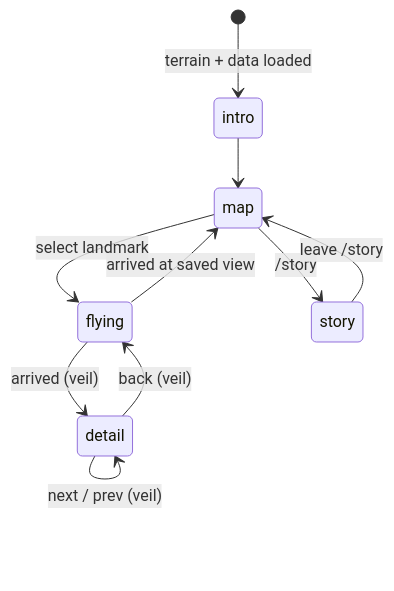
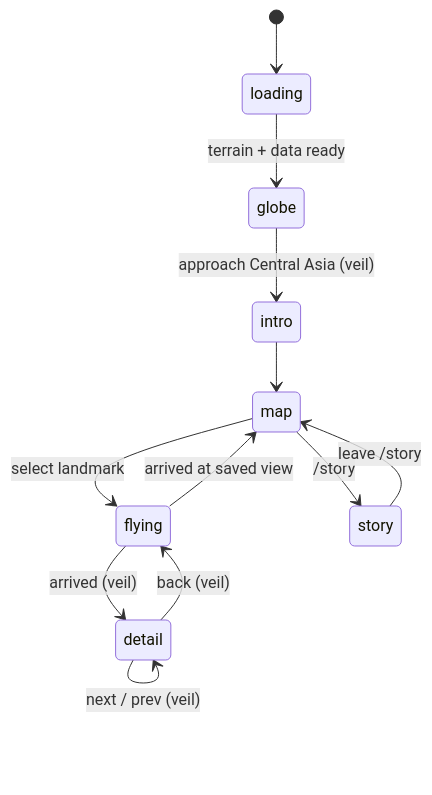
Before and after one commit to samadow/tajikistan-3d: the second of 2 diagrams in ARCHITECTURE.md, drawn with Mermaid. The commit also changed other lines of this file and 28 other files, not shown here.

````diff
--- a/ARCHITECTURE.md
+++ b/ARCHITECTURE.md
@@ -123,12 +129,14 @@
 ```mermaid
 stateDiagram-v2
-  [*] --> intro: terrain + data loaded
+  [*] --> loading
+  loading --> globe: terrain + data ready
+  globe --> intro: approach Central Asia (veil)
   intro --> map
   map --> flying: select landmark
   flying --> detail: arrived (veil)
   detail --> detail: next / prev (veil)
   detail --> flying: back (veil)
   flying --> map: arrived at saved view
   map --> story: /story
   story --> map: leave /story
 ```
````
